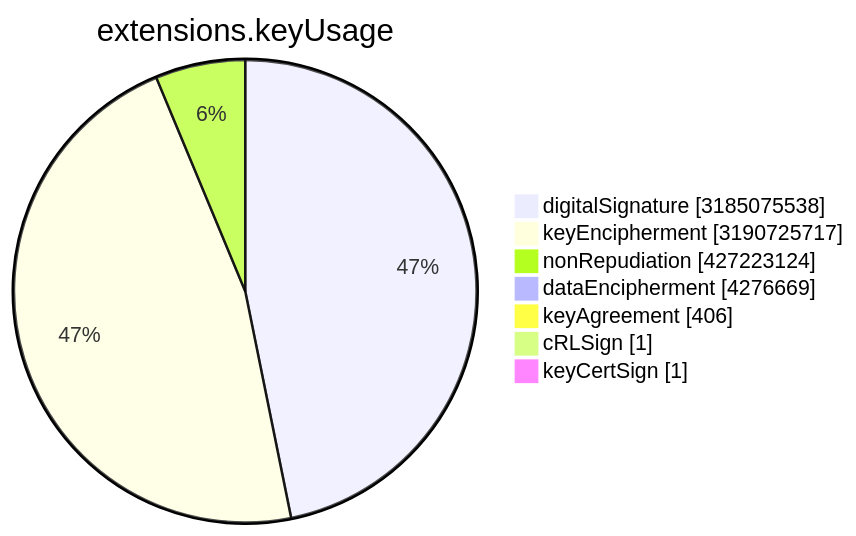
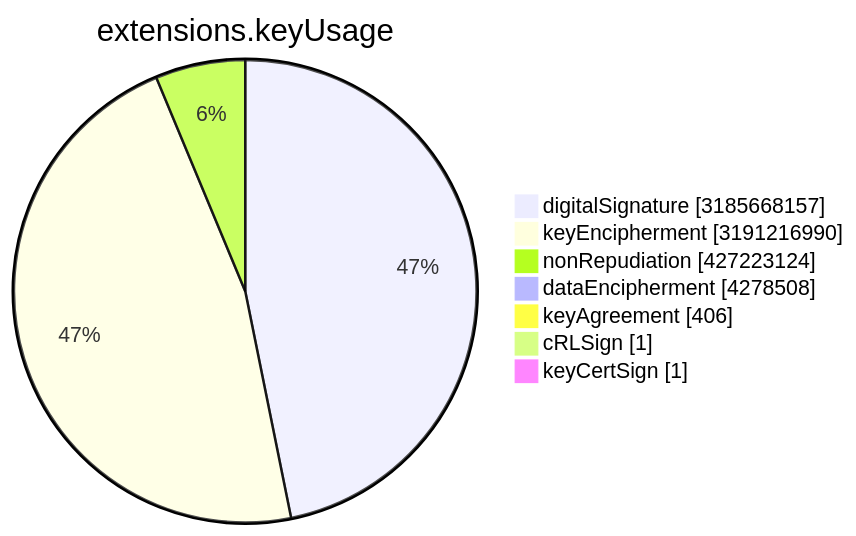
One commit to christiankrug/ctmonitor_visualization changed the sixth of 15 diagrams in TOTAL/README.md. Above: the diagram before and after it, drawn with Mermaid. The commit also changed other lines of this file, not shown here.

````diff
--- a/TOTAL/README.md
+++ b/TOTAL/README.md
@@ -3077,11 +3077,11 @@
 ```mermaid
 pie showData
 title extensions.keyUsage
-"digitalSignature" :3185075538
-"keyEncipherment" :3190725717
+"digitalSignature" :3185668157
+"keyEncipherment" :3191216990
 "nonRepudiation" :427223124
-"dataEncipherment" :4276669
+"dataEncipherment" :4278508
 "keyAgreement" :406
 "cRLSign" :1
 "keyCertSign" :1
 ```
````
